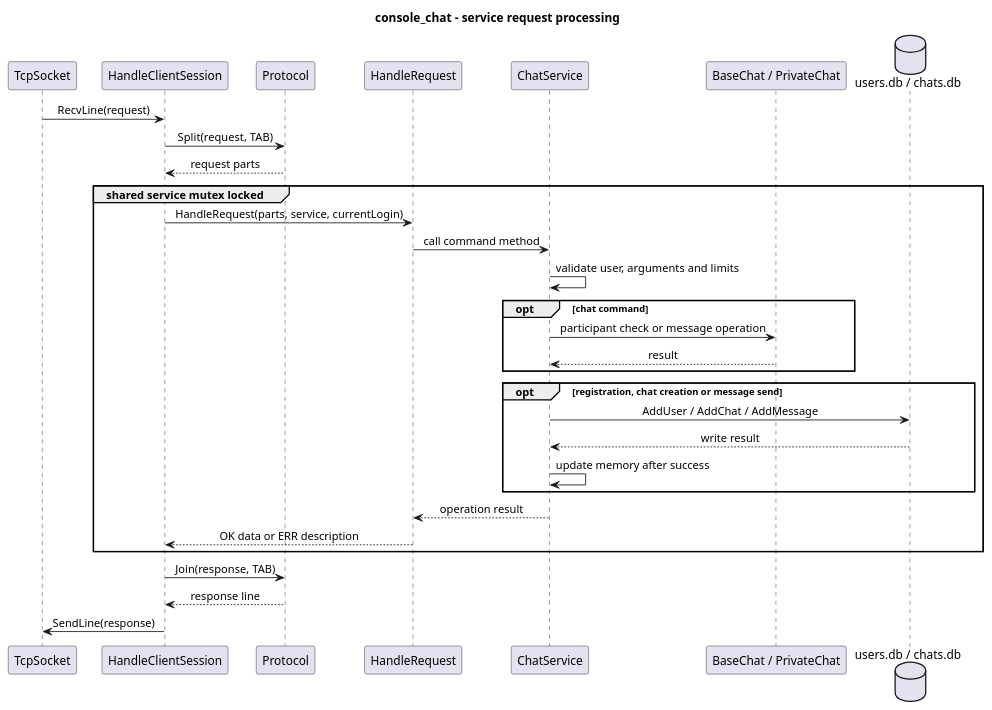
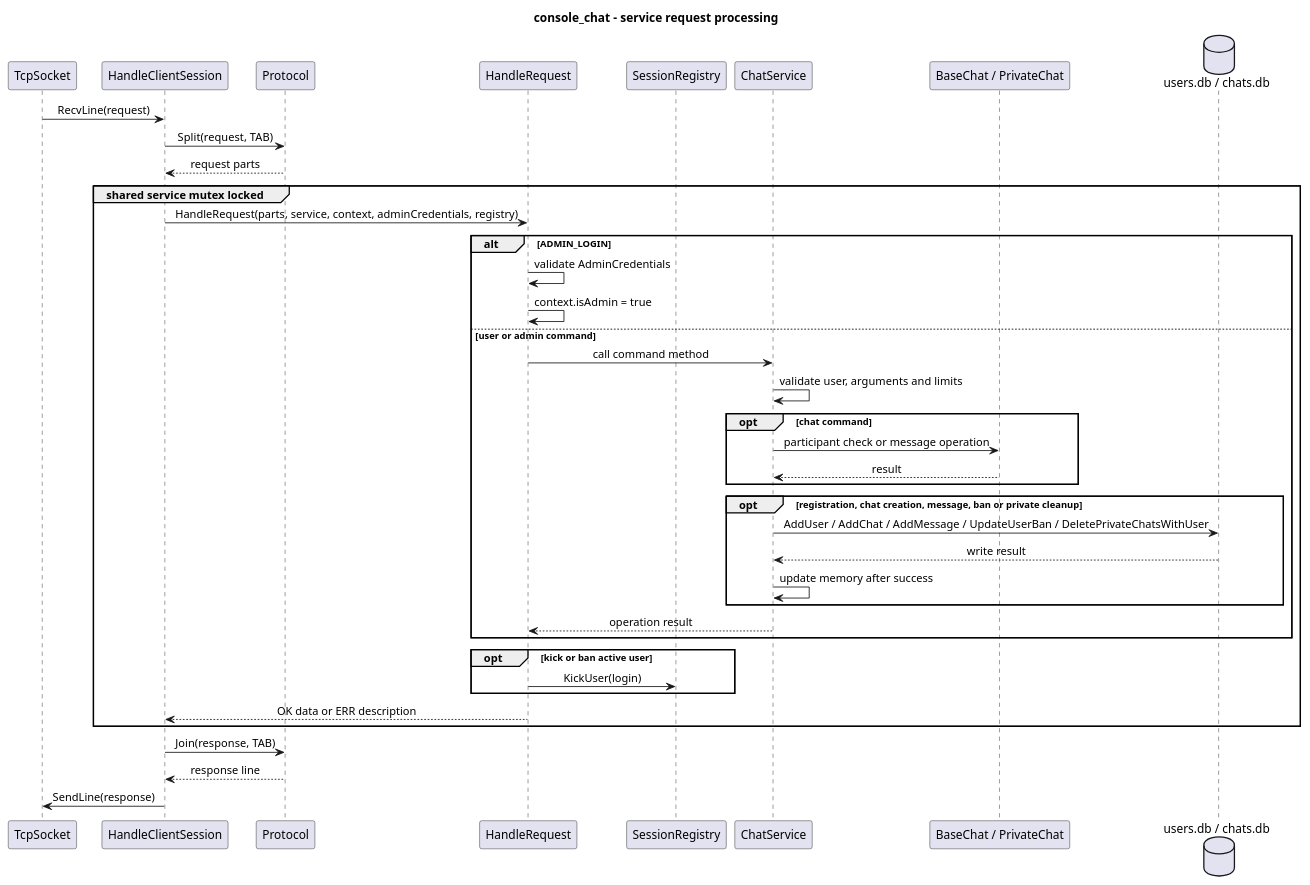
One commit to SAleksandraVGIT/console_chat changed the second of 2 diagrams in doc/service.puml. Above: the diagram before and after it, drawn with PlantUML. The commit also changed other lines of this file and 47 other files, not shown here.

Commit message:
feat(): Add admin client flows, bans, timeouts, and chat limits

```diff
--- a/doc/service.puml
+++ b/doc/service.puml
@@ -164,44 +282,55 @@
 @startuml console_chat_service_request
 title console_chat - service request processing
 
 skinparam shadowing false
 skinparam sequenceMessageAlign center
 skinparam wrapWidth 220
 
 participant "TcpSocket" as Socket
 participant "HandleClientSession" as Session
 participant "Protocol" as Protocol
 participant "HandleRequest" as Router
+participant "SessionRegistry" as Registry
 participant "ChatService" as Service
 participant "BaseChat / PrivateChat" as Chat
 database "users.db / chats.db" as State
 
 Socket -> Session : RecvLine(request)
 Session -> Protocol : Split(request, TAB)
 Protocol --> Session : request parts
 
 group shared service mutex locked
-  Session -> Router : HandleRequest(parts, service, currentLogin)
-  Router -> Service : call command method
-  Service -> Service : validate user, arguments and limits
+  Session -> Router : HandleRequest(parts, service, context, adminCredentials, registry)
+  alt ADMIN_LOGIN
+    Router -> Router : validate AdminCredentials
+    Router -> Router : context.isAdmin = true
+  else user or admin command
+    Router -> Service : call command method
+    Service -> Service : validate user, arguments and limits
 
-  opt chat command
-    Service -> Chat : participant check or message operation
-    Chat --> Service : result
+    opt chat command
+      Service -> Chat : participant check or message operation
+      Chat --> Service : result
+    end
+
+    opt registration, chat creation, message, ban or private cleanup
+      Service -> State : AddUser / AddChat / AddMessage / UpdateUserBan / DeletePrivateChatsWithUser
+      State --> Service : write result
+      Service -> Service : update memory after success
+    end
+
+    Service --> Router : operation result
   end
 
-  opt registration, chat creation or message send
-    Service -> State : AddUser / AddChat / AddMessage
-    State --> Service : write result
-    Service -> Service : update memory after success
+  opt kick or ban active user
+    Router -> Registry : KickUser(login)
   end
 
-  Service --> Router : operation result
   Router --> Session : OK data or ERR description
 end
 
 Session -> Protocol : Join(response, TAB)
 Protocol --> Session : response line
 Session -> Socket : SendLine(response)
 
 @enduml
```
